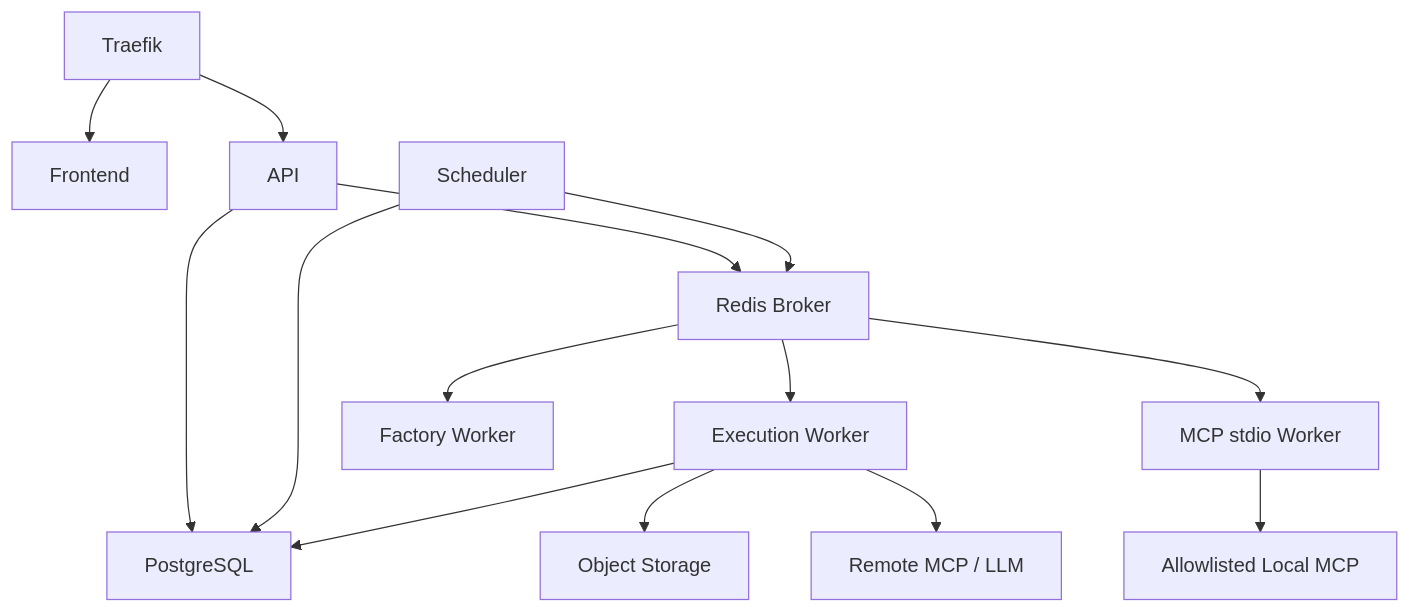
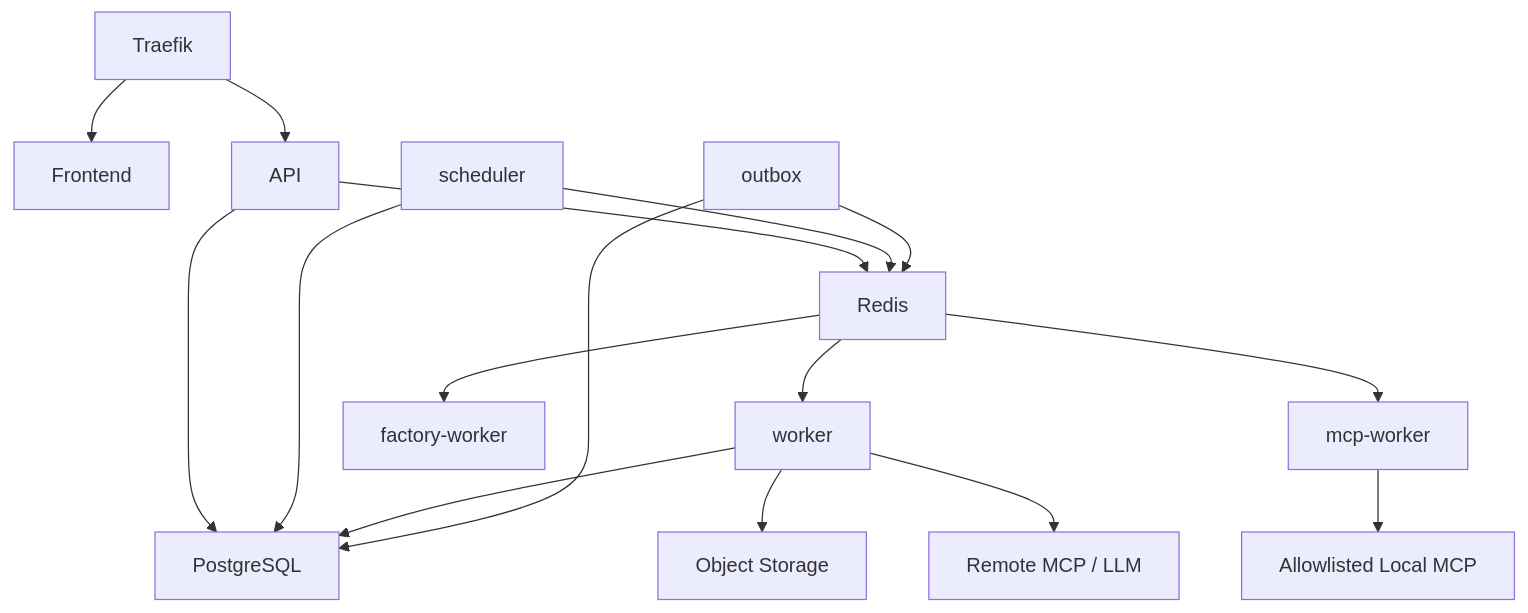
Before and after one commit to ramza2/mcp-flow: the third of 3 diagrams in docs/03-system-architecture.md, drawn with Mermaid. The commit also changed other lines of this file, not shown here.

Commit message:
docs: align system architecture with canonical runtime and MCP contracts

````diff
--- a/docs/03-system-architecture.md
+++ b/docs/03-system-architecture.md
@@ -175,16 +332,18 @@
 ```mermaid
 flowchart TD
-    T["Traefik"] --> F["Frontend"]
-    T --> A["API"]
-    A --> PG["PostgreSQL"]
-    A --> R["Redis Broker"]
-    R --> W["Execution Worker"]
-    R --> MW["MCP stdio Worker"]
-    R --> FW["Factory Worker"]
-    S["Scheduler"] --> PG
+    T[Traefik] --> F[Frontend]
+    T --> A[API]
+    A --> PG[PostgreSQL]
+    A --> R[Redis]
+    R --> W[worker]
+    R --> MW[mcp-worker]
+    R --> FW[factory-worker]
+    S[scheduler] --> PG
     S --> R
     W --> PG
-    W --> OS["Object Storage"]
-    W --> RM["Remote MCP / LLM"]
-    MW --> LM["Allowlisted Local MCP"]
+    W --> OS[Object Storage]
+    W --> RM[Remote MCP / LLM]
+    MW --> LM[Allowlisted Local MCP]
+    O[outbox] --> PG
+    O --> R
 ```
````
